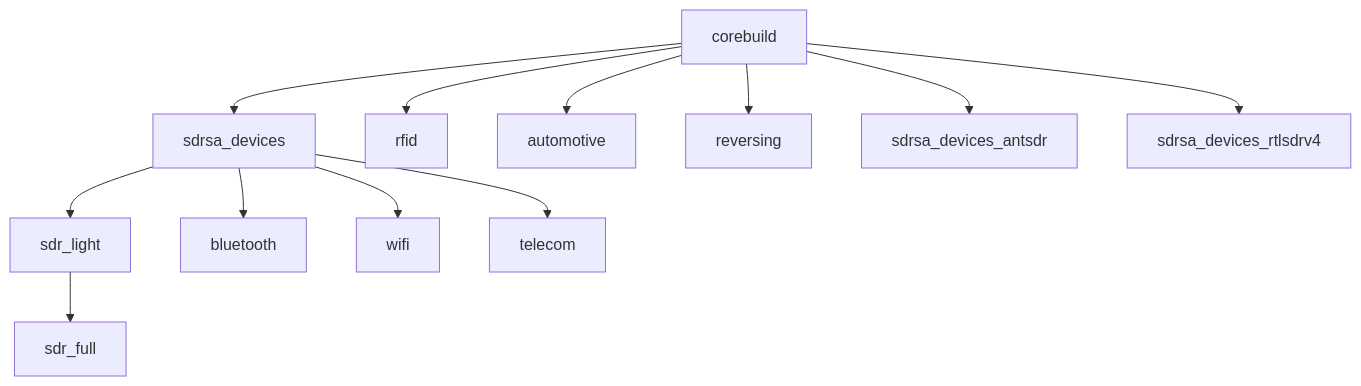
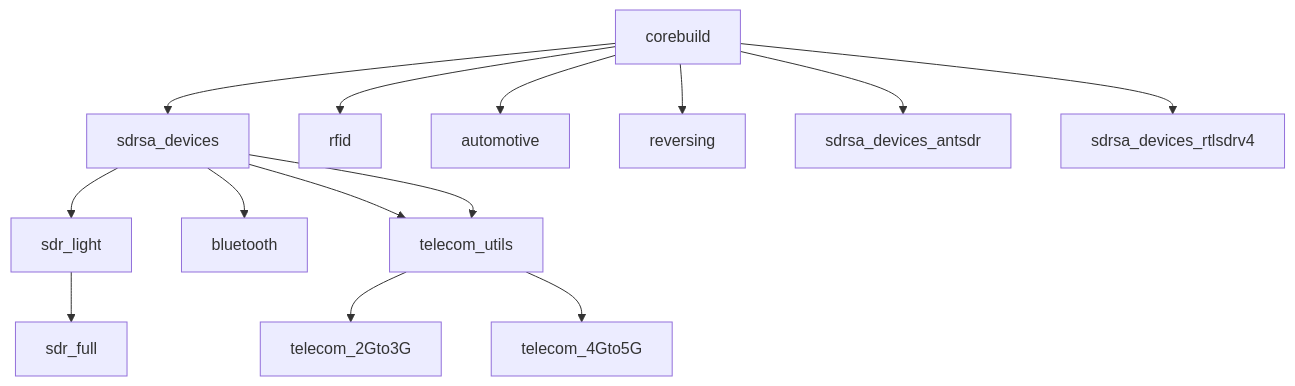
Before and after one commit to PentHertz/rfswift-doc-v2: the diagram in content/docs/guide/list-of-tools.md, drawn with Mermaid. The commit also changed other lines of this file and 4 other files, not shown here.

````diff
--- a/content/docs/guide/list-of-tools.md
+++ b/content/docs/guide/list-of-tools.md
@@ -20,14 +20,16 @@
 ```mermaid
 graph TD;
     A[corebuild]-->B[sdrsa_devices];
     A-->C[rfid];
     A-->D[automotive];
     A-->E[reversing];
     A-->F[sdrsa_devices_antsdr];
     A-->G[sdrsa_devices_rtlsdrv4];
     B[sdrsa_devices]-->H[sdr_light];
     B[sdrsa_devices]-->I[bluetooth];
     B[sdrsa_devices]-->J[wifi];
-    B[sdrsa_devices]-->K[telecom];
-    H-->L[sdr_full]
+    B[sdrsa_devices]-->J[telecom_utils];
+    J-->L[telecom_2Gto3G];
+    J-->M[telecom_4Gto5G];
+    H-->K[sdr_full]
 ```
````
